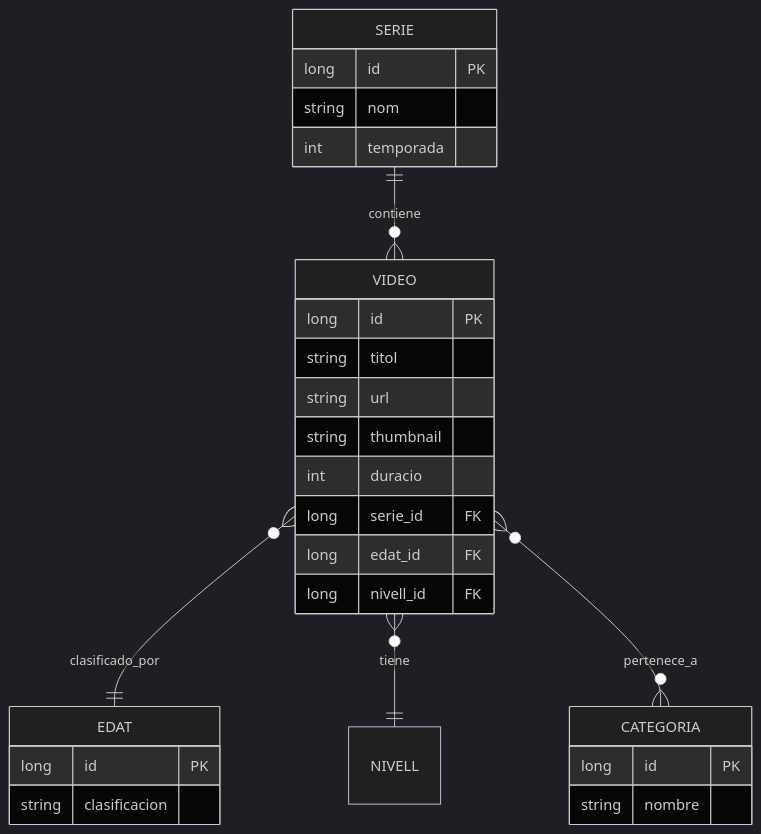
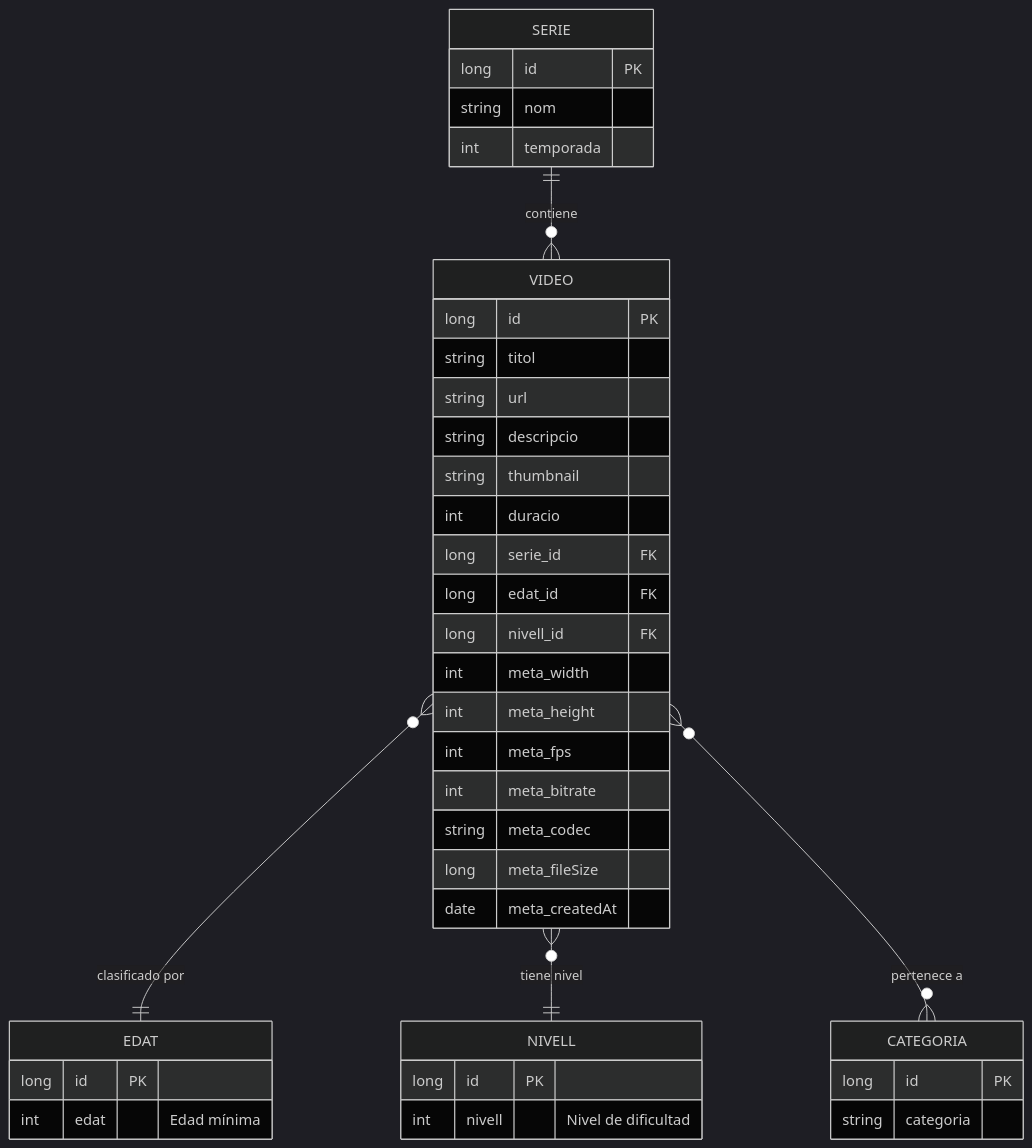
Before and after one commit to jonimax11000/ProjecteIntermodular: the second of 5 diagrams in README.md, drawn with Mermaid (dark theme). The commit also changed other lines of this file, not shown here.

````diff
--- a/README.md
+++ b/README.md
@@ -85,34 +85,48 @@
 ```mermaid
 erDiagram
     SERIE ||--o{ VIDEO : contiene
-    VIDEO }o--|| EDAT : clasificado_por
-    VIDEO }o--|| NIVELL : tiene
-    VIDEO }o--o{ CATEGORIA : pertenece_a
+    VIDEO }o--|| EDAT : "clasificado por"
+    VIDEO }o--|| NIVELL : "tiene nivel"
+    VIDEO }o--o{ CATEGORIA : "pertenece a"
 
     SERIE {
         long id PK
         string nom
         int temporada
     }
 
     VIDEO {
         long id PK
         string titol
         string url
+        string descripcio
         string thumbnail
         int duracio
         long serie_id FK
         long edat_id FK
         long nivell_id FK
+        %% Metadades Embebidas
+        int meta_width
+        int meta_height
+        int meta_fps
+        int meta_bitrate
+        string meta_codec
+        long meta_fileSize
+        date meta_createdAt
     }
 
     CATEGORIA {
         long id PK
-        string nombre
+        string categoria
     }
 
     EDAT {
         long id PK
-        string clasificacion
+        int edat "Edad mínima"
+    }
+
+    NIVELL {
+        long id PK
+        int nivell "Nivel de dificultad"
     }
 ```
````
